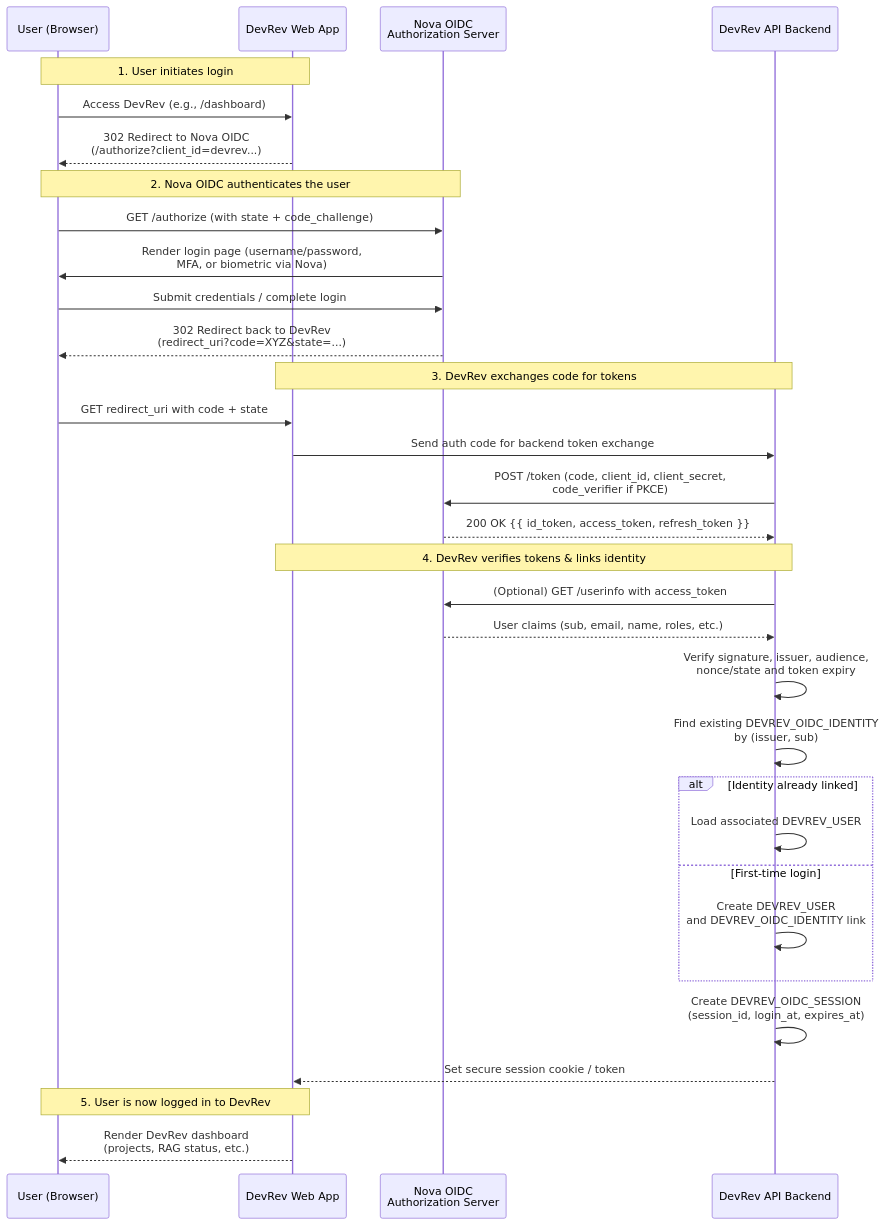
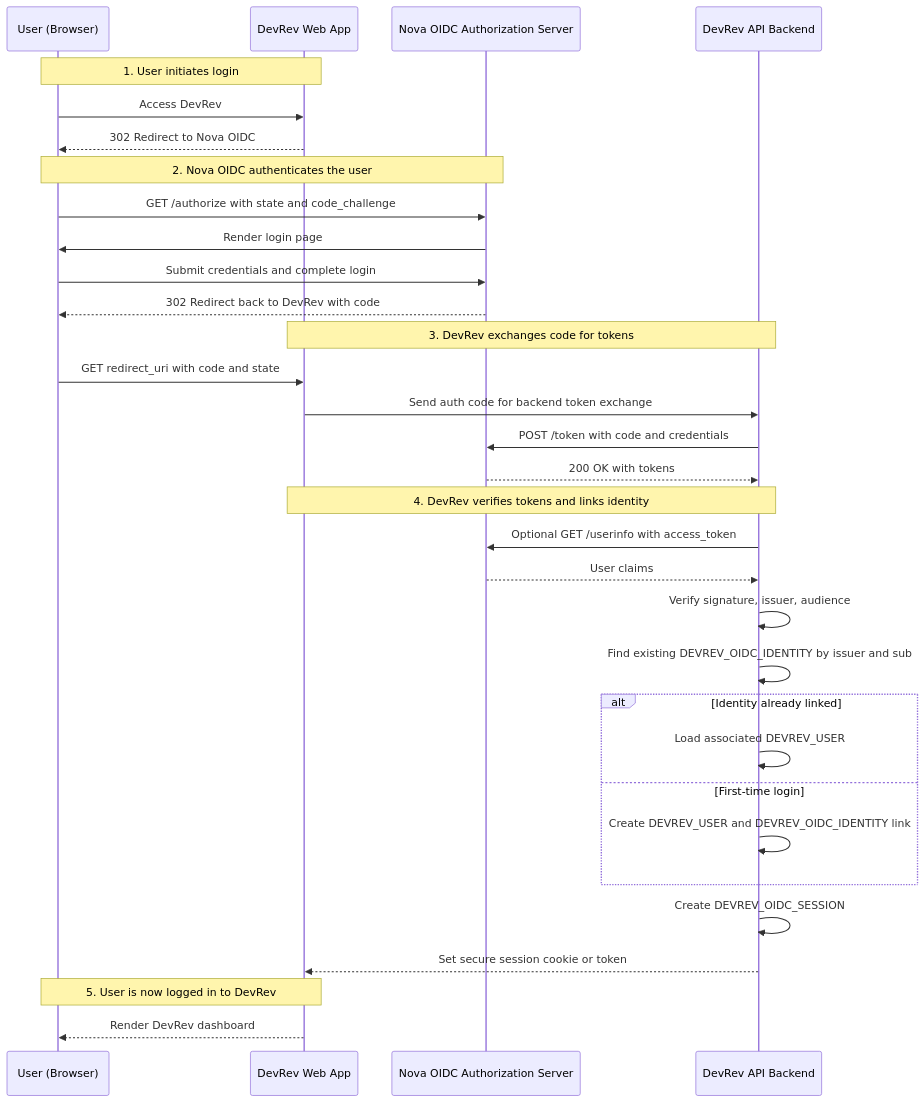
One commit to 3neti/dpwh_ppp-docs changed the second of 3 diagrams in docs/devrev/integration/DevRev_Nova_OIDC_ERD_and_Flow.md. Above: the diagram before and after it, drawn with Mermaid. The commit also changed other lines of this file and 1 other file, not shown here.

Commit message:
Fix Mermaid syntax errors in Nova OIDC integration diagrams
- Removed inline comments from ERD entity definitions (causing syntax errors)
- Simplified sequence diagram labels (removed line breaks and special formatting)
- Changed participant labels to single-line text
- Cleaned up message descriptions for better compatibility

````diff
--- a/docs/devrev/integration/DevRev_Nova_OIDC_ERD_and_Flow.md
+++ b/docs/devrev/integration/DevRev_Nova_OIDC_ERD_and_Flow.md
@@ -150,46 +149,46 @@
 ```mermaid
 sequenceDiagram
     participant U as User (Browser)
     participant DV as DevRev Web App
-    participant AS as Nova OIDC<br/>Authorization Server
+    participant AS as Nova OIDC Authorization Server
     participant API as DevRev API Backend
 
     Note over U,DV: 1. User initiates login
 
-    U->>DV: Access DevRev (e.g., /dashboard)
-    DV-->>U: 302 Redirect to Nova OIDC<br/>(/authorize?client_id=devrev...)
+    U->>DV: Access DevRev
+    DV-->>U: 302 Redirect to Nova OIDC
 
     Note over U,AS: 2. Nova OIDC authenticates the user
 
-    U->>AS: GET /authorize (with state + code_challenge)
-    AS->>U: Render login page (username/password,<br/>MFA, or biometric via Nova)
-    U->>AS: Submit credentials / complete login
-    AS-->>U: 302 Redirect back to DevRev<br/>(redirect_uri?code=XYZ&state=...)
+    U->>AS: GET /authorize with state and code_challenge
+    AS->>U: Render login page
+    U->>AS: Submit credentials and complete login
+    AS-->>U: 302 Redirect back to DevRev with code
 
     Note over DV,API: 3. DevRev exchanges code for tokens
 
-    U->>DV: GET redirect_uri with code + state
+    U->>DV: GET redirect_uri with code and state
     DV->>API: Send auth code for backend token exchange
-    API->>AS: POST /token (code, client_id, client_secret,<br/>code_verifier if PKCE)
-    AS-->>API: 200 OK {{ id_token, access_token, refresh_token }}
+    API->>AS: POST /token with code and credentials
+    AS-->>API: 200 OK with tokens
 
-    Note over API,DV: 4. DevRev verifies tokens & links identity
+    Note over API,DV: 4. DevRev verifies tokens and links identity
 
-    API->>AS: (Optional) GET /userinfo with access_token
-    AS-->>API: User claims (sub, email, name, roles, etc.)
+    API->>AS: Optional GET /userinfo with access_token
+    AS-->>API: User claims
 
-    API->>API: Verify signature, issuer, audience,<br/>nonce/state and token expiry
-    API->>API: Find existing DEVREV_OIDC_IDENTITY<br/>by (issuer, sub)
+    API->>API: Verify signature, issuer, audience
+    API->>API: Find existing DEVREV_OIDC_IDENTITY by issuer and sub
     alt Identity already linked
         API->>API: Load associated DEVREV_USER
     else First-time login
-        API->>API: Create DEVREV_USER<br/>and DEVREV_OIDC_IDENTITY link
+        API->>API: Create DEVREV_USER and DEVREV_OIDC_IDENTITY link
     end
 
-    API->>API: Create DEVREV_OIDC_SESSION<br/>(session_id, login_at, expires_at)
-    API-->>DV: Set secure session cookie / token
+    API->>API: Create DEVREV_OIDC_SESSION
+    API-->>DV: Set secure session cookie or token
 
     Note over U,DV: 5. User is now logged in to DevRev
 
-    DV-->>U: Render DevRev dashboard<br/>(projects, RAG status, etc.)
+    DV-->>U: Render DevRev dashboard
 ```
````
